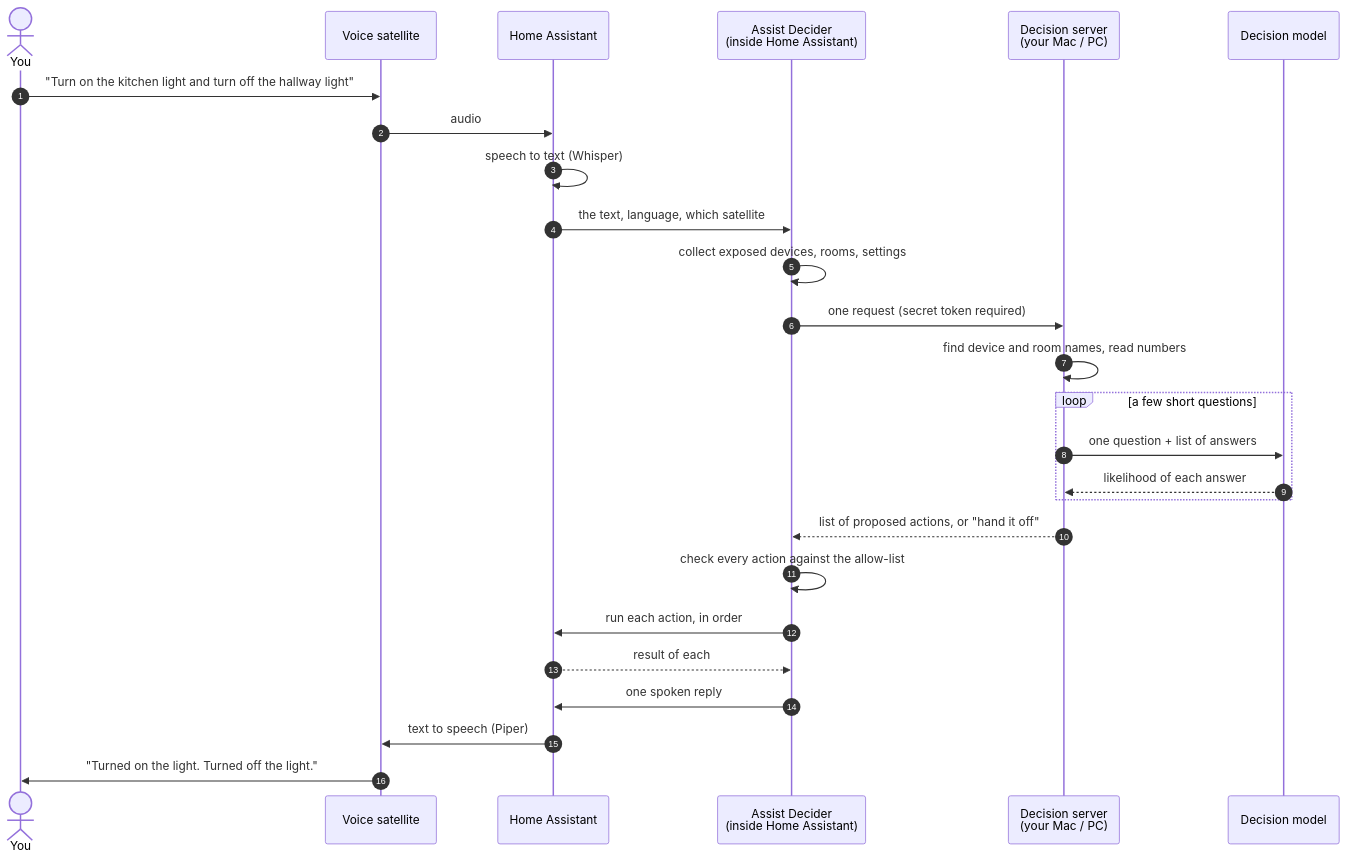
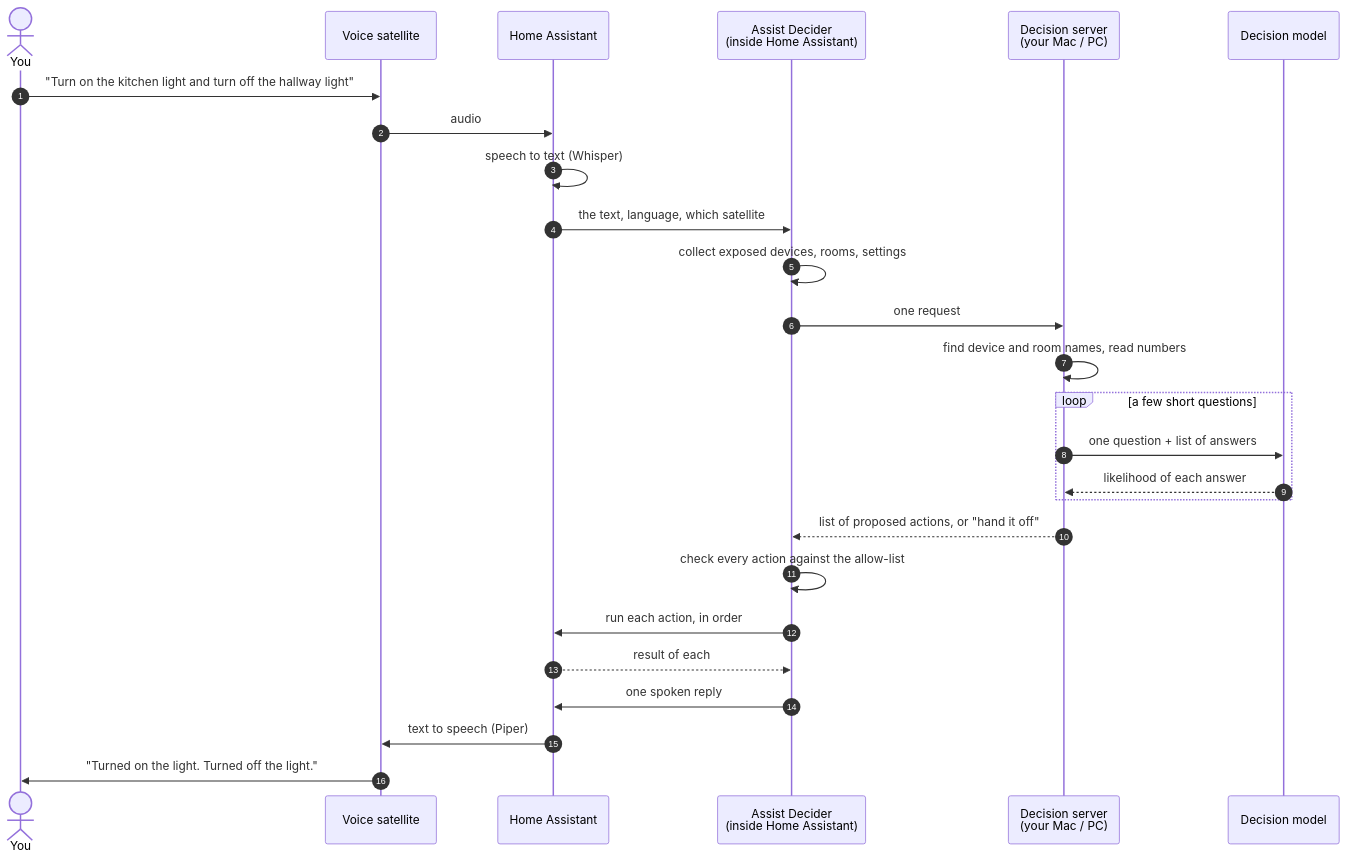
The first of 5 diagrams in HOW-IT-WORKS.md (d00kIe/assist-decider), drawn with Mermaid before and after one commit. The commit also changed other lines of this file and 24 other files, not shown here.

````diff
--- a/HOW-IT-WORKS.md
+++ b/HOW-IT-WORKS.md
@@ -190,29 +190,29 @@
 ```mermaid
 sequenceDiagram
     autonumber
     actor You
     participant Sat as Voice satellite
     participant HA as Home Assistant
     participant Int as Assist Decider<br/>(inside Home Assistant)
     participant Srv as Decision server<br/>(your Mac / PC)
     participant M as Decision model
 
     You->>Sat: "Turn on the kitchen light and turn off the hallway light"
     Sat->>HA: audio
     HA->>HA: speech to text (Whisper)
     HA->>Int: the text, language, which satellite
     Int->>Int: collect exposed devices, rooms, settings
-    Int->>Srv: one request (secret token required)
+    Int->>Srv: one request
     Srv->>Srv: find device and room names, read numbers
     loop a few short questions
         Srv->>M: one question + list of answers
         M-->>Srv: likelihood of each answer
     end
     Srv-->>Int: list of proposed actions, or "hand it off"
     Int->>Int: check every action against the allow-list
     Int->>HA: run each action, in order
     HA-->>Int: result of each
     Int->>HA: one spoken reply
     HA->>Sat: text to speech (Piper)
     Sat->>You: "Turned on the light. Turned off the light."
 ```
````
